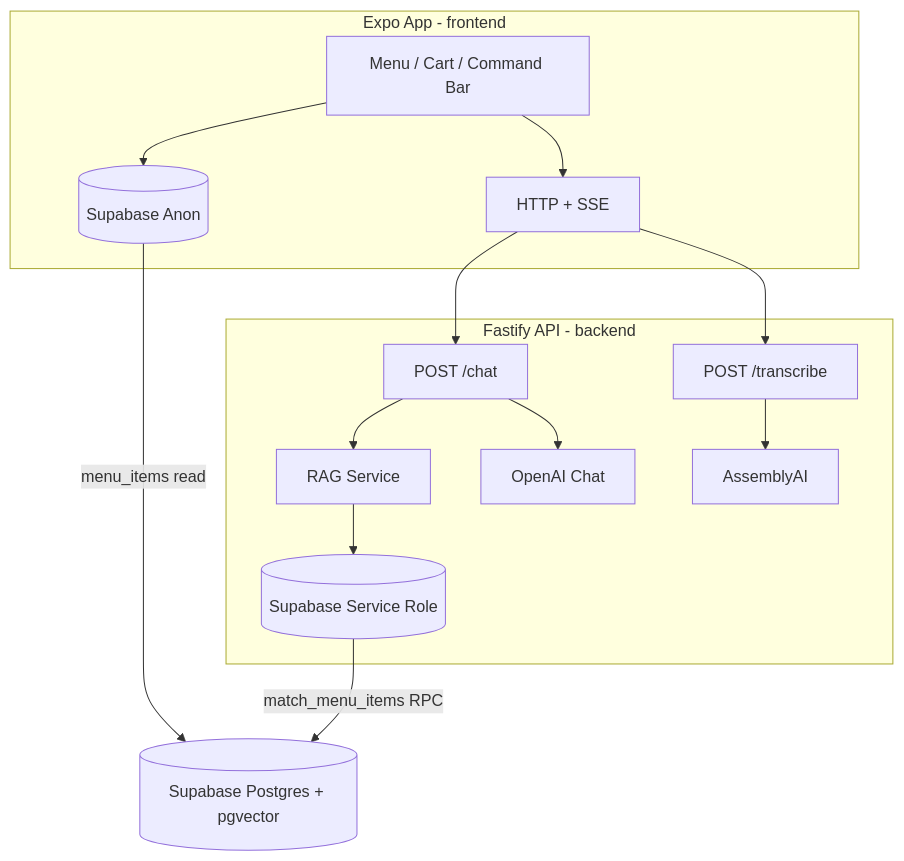
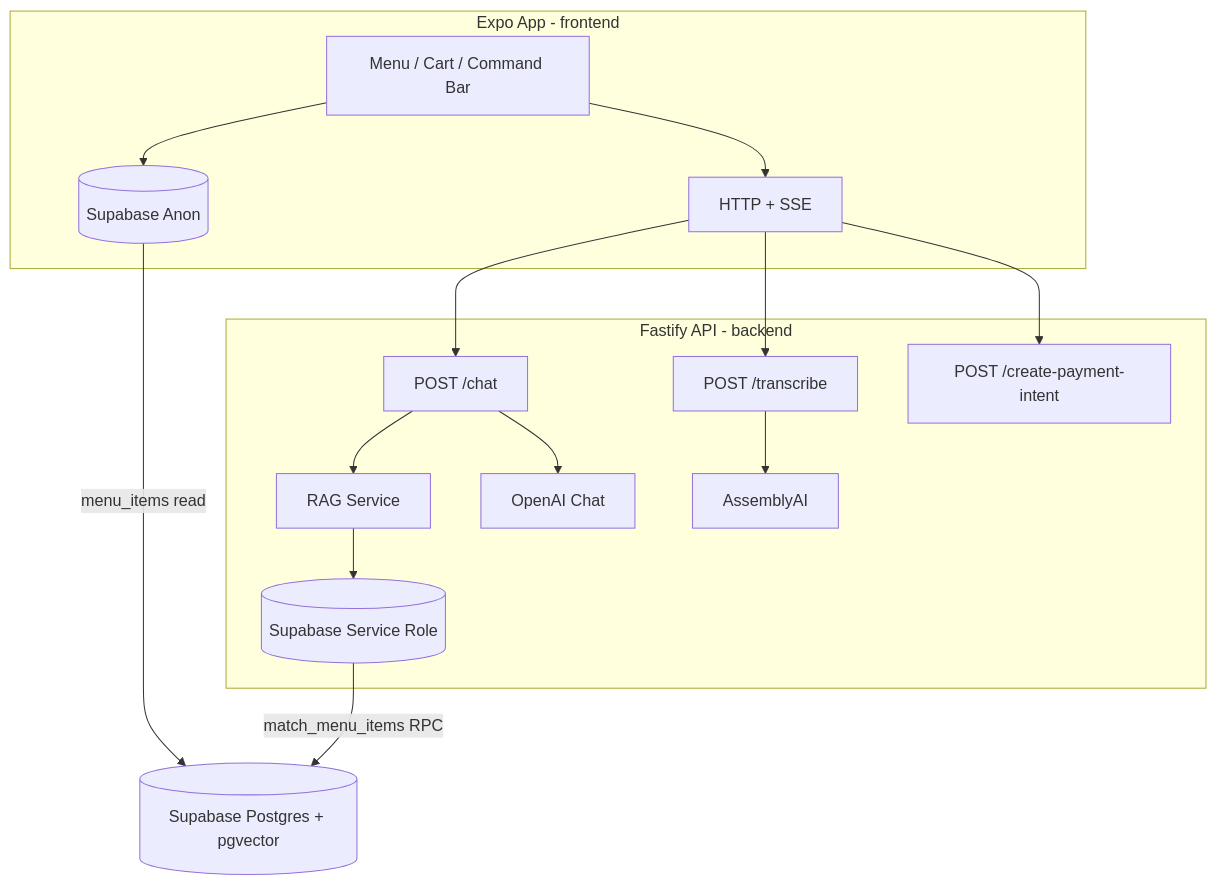
The diagram in README.md (Satya-Sai-Srinivas/The-Intelligent-Bistro), drawn with Mermaid before and after one commit. The commit also changed other lines of this file and 14 other files, not shown here.

````diff
--- a/README.md
+++ b/README.md
@@ -22,27 +22,29 @@
 ```mermaid
 flowchart TB
   subgraph client [Expo App - frontend]
     UI[Menu / Cart / Command Bar]
     SB[(Supabase Anon)]
     API[HTTP + SSE]
     UI --> SB
     UI --> API
   end
 
   subgraph server [Fastify API - backend]
     CHAT["POST /chat"]
     TRANS["POST /transcribe"]
+    PAY["POST /create-payment-intent"]
     RAG[RAG Service]
     AI[OpenAI Chat]
     AAI[AssemblyAI]
     SBS[(Supabase Service Role)]
     CHAT --> RAG --> SBS
     CHAT --> AI
     TRANS --> AAI
   end
 
   SB -->|menu_items read| DB[(Supabase Postgres + pgvector)]
   SBS -->|match_menu_items RPC| DB
   API --> CHAT
   API --> TRANS
+  API --> PAY
 ```
````
